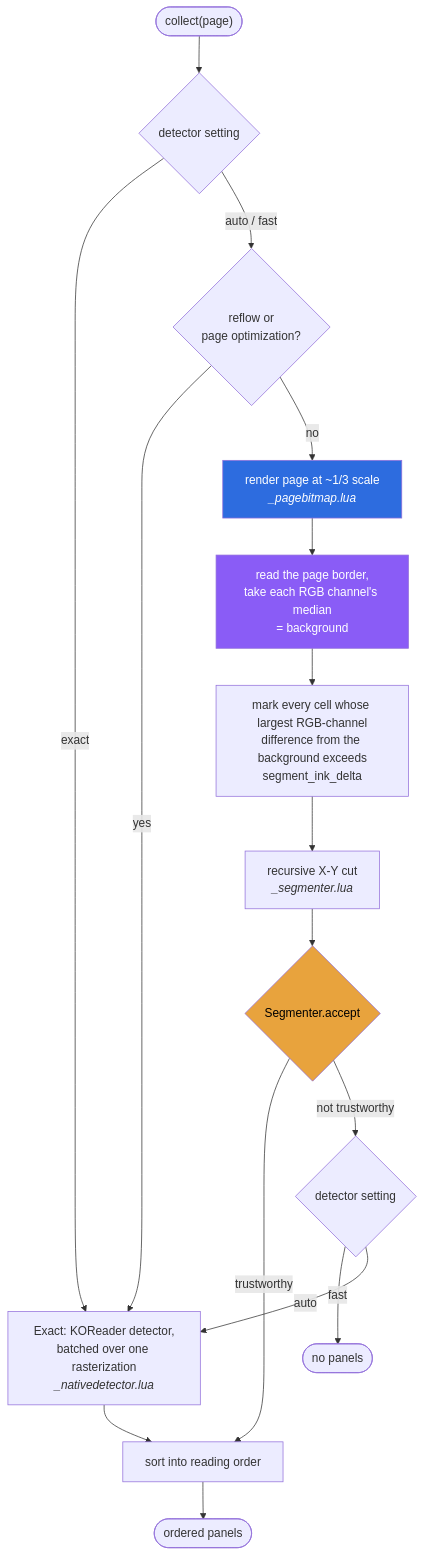
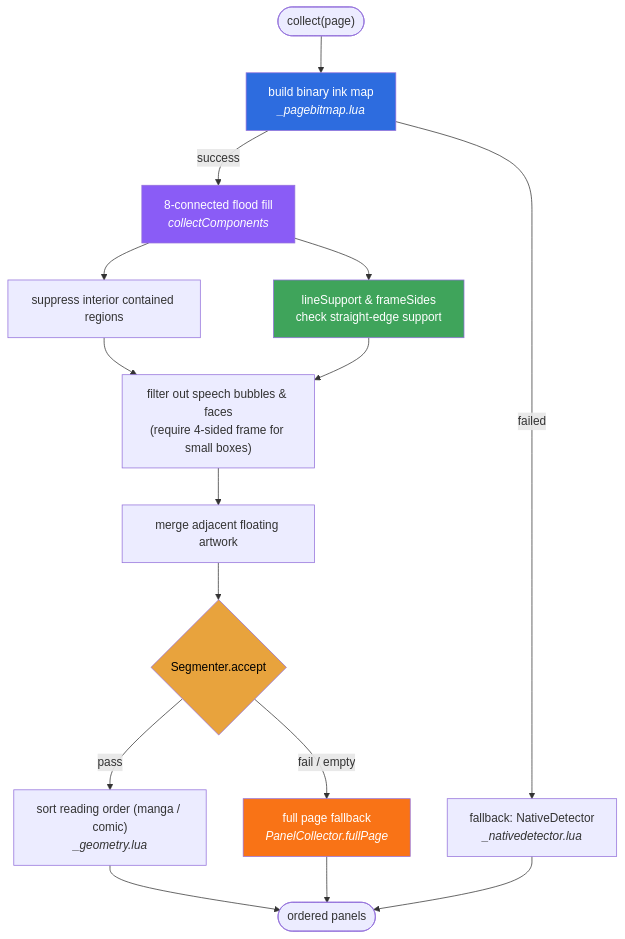
One commit to KristanLaimon/BetterPanels changed the first of 4 diagrams in docs/DETECTION.md. Above: the diagram before and after it, drawn with Mermaid. The commit also changed other lines of this file and 3 other files, not shown here.

````diff
--- a/docs/DETECTION.md
+++ b/docs/DETECTION.md
@@ -57,26 +56,28 @@
 ```mermaid
 flowchart TD
-    START(["collect(page)"]) --> MODE{"detector setting"}
-    MODE -->|exact| NATIVE
-    MODE -->|auto / fast| BLOCK{"reflow or<br/>page optimization?"}
+    START(["collect(page)"]) --> BITMAP["build binary ink map<br/><i>_pagebitmap.lua</i>"]
+    BITMAP -->|failed| NATIVE["fallback: NativeDetector<br/><i>_nativedetector.lua</i>"]
+    
+    BITMAP -->|success| CC["8-connected flood fill<br/><i>collectComponents</i>"]
+    CC --> CONTAIN["suppress interior contained regions"]
+    CC --> SIDES["lineSupport & frameSides<br/>check straight-edge support"]
+    
+    CONTAIN --> FILTER["filter out speech bubbles & faces<br/>(require 4-sided frame for small boxes)"]
+    SIDES --> FILTER
+    
+    FILTER --> MERGE["merge adjacent floating artwork"]
+    MERGE --> ACCEPT{"Segmenter.accept"}
+    
+    ACCEPT -->|pass| SORT["sort reading order (manga / comic)<br/><i>_geometry.lua</i>"]
+    ACCEPT -->|fail / empty| FULL["full page fallback<br/><i>PanelCollector.fullPage</i>"]
+    
+    SORT --> DONE(["ordered panels"])
+    FULL --> DONE
+    NATIVE --> DONE
 
-    BLOCK -->|yes| NATIVE
-    BLOCK -->|no| RENDER["render page at ~1/3 scale<br/><i>_pagebitmap.lua</i>"]
-
-    RENDER --> BG["read the page border,<br/>take each RGB channel's median<br/>= background"]
-    BG --> BIN["mark every cell whose largest RGB-channel<br/>difference from the background exceeds<br/>segment_ink_delta"]
-    BIN --> CUT["recursive X-Y cut<br/><i>_segmenter.lua</i>"]
-    CUT --> ACCEPT{"Segmenter.accept"}
-
-    ACCEPT -->|trustworthy| SORT["sort into reading order"]
-    ACCEPT -->|not trustworthy| FB{"detector setting"}
-    FB -->|fast| EMPTY(["no panels"])
-    FB -->|auto| NATIVE["Exact: KOReader detector,<br/>batched over one rasterization<br/><i>_nativedetector.lua</i>"]
-
-    NATIVE --> SORT
-    SORT --> DONE(["ordered panels"])
-
-    style RENDER fill:#2d6cdf,color:#fff
-    style BG fill:#8a5cf6,color:#fff
+    style BITMAP fill:#2d6cdf,color:#fff
+    style CC fill:#8a5cf6,color:#fff
+    style SIDES fill:#3fa45b,color:#fff
     style ACCEPT fill:#e8a33d,color:#000
+    style FULL fill:#f97316,color:#fff
 ```
````
